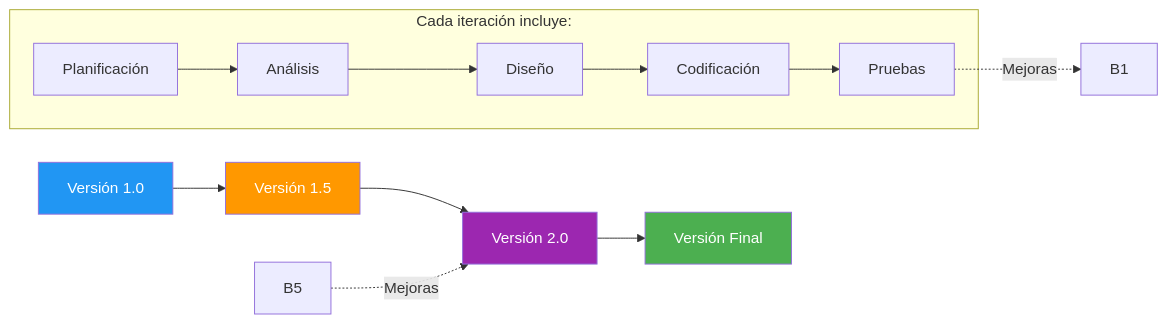
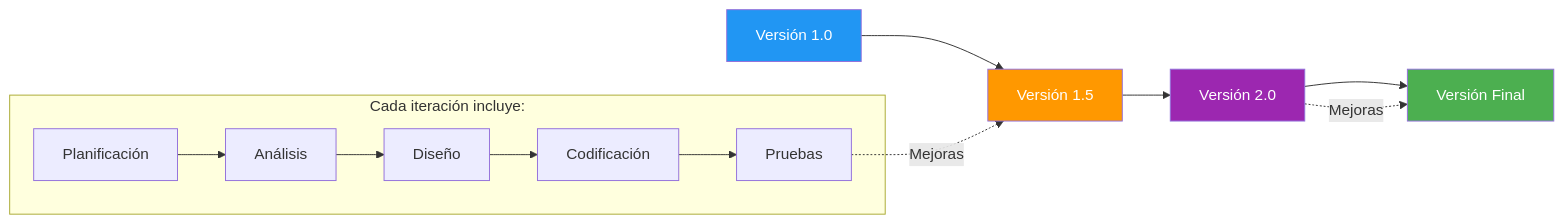
Before and after one commit to joseluisgs/EntornosDesarrollo-01-2026-2027: the fifth of 9 diagrams in 04-modelos-metodologias.md, drawn with Mermaid. The commit also changed 12 other files, not shown here.

````diff
--- a/04-modelos-metodologias.md
+++ b/04-modelos-metodologias.md
@@ -200,21 +200,21 @@
 ```mermaid
 graph LR
     A[Versión 1.0] --> B[Versión 1.5]
     B --> C[Versión 2.0]
     C --> D[Versión Final]
 
     subgraph "Cada iteración incluye:"
         A1[Planificación] --> A2[Análisis]
         A2 --> A3[Diseño]
         A3 --> A4[Codificación]
         A4 --> A5[Pruebas]
     end
 
-    A5 -.->|Mejoras| B1
-    B5 -.->|Mejoras| C
+    A5 -.->|Mejoras| B
+    C -.->|Mejoras| D
 
     style A fill:#2196F3,color:#fff
     style B fill:#FF9800,color:#fff
     style C fill:#9C27B0,color:#fff
     style D fill:#4CAF50,color:#fff
 ```
````
